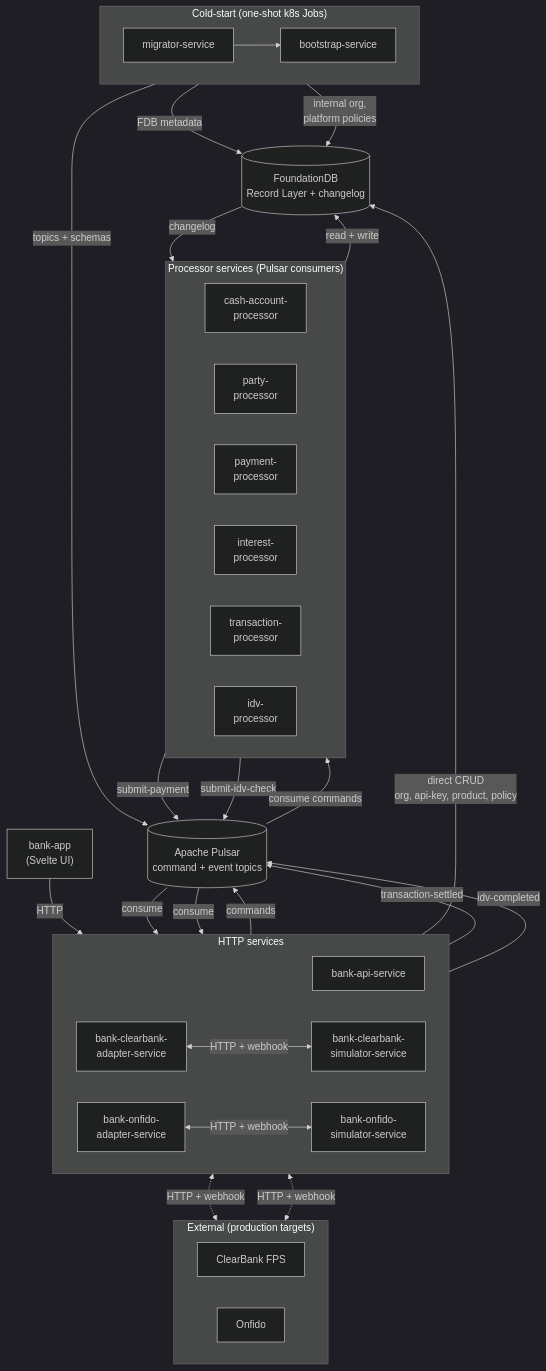
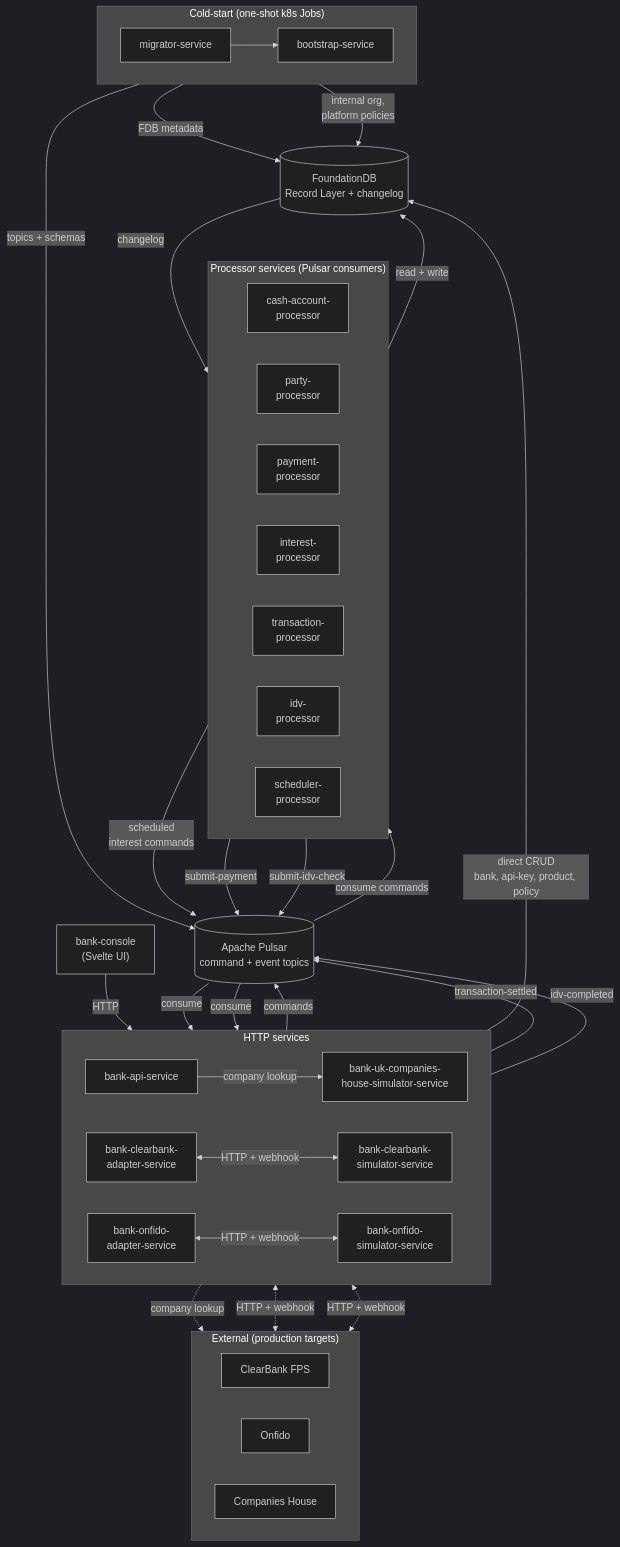
The diagram in readme.md (kjothen/queenswood), drawn with Mermaid (dark theme) before and after one commit. The commit also changed other lines of this file and 1 other file, not shown here.

````diff
--- a/readme.md
+++ b/readme.md
@@ -76,64 +77,71 @@
 ```mermaid
 graph TB
-    APP["bank-app<br/>(Svelte UI)"]
+    CONSOLE["bank-console<br/>(Svelte UI)"]
 
     subgraph http ["HTTP services"]
         direction LR
         API[bank-api-service]
         CBA[bank-clearbank-<br/>adapter-service]
         CBS[bank-clearbank-<br/>simulator-service]
         OFA[bank-onfido-<br/>adapter-service]
         OFS[bank-onfido-<br/>simulator-service]
+        CHS[bank-uk-companies-<br/>house-simulator-service]
     end
 
     PULSAR[("Apache Pulsar<br/>command + event topics")]
 
     subgraph processors ["Processor services (Pulsar consumers)"]
         direction LR
         PCA[cash-account-<br/>processor]
         PPT[party-<br/>processor]
         PPY[payment-<br/>processor]
         PIN[interest-<br/>processor]
         PTX[transaction-<br/>processor]
         PID[idv-<br/>processor]
+        PSCH[scheduler-<br/>processor]
     end
 
     FDB[("FoundationDB<br/>Record Layer + changelog")]
 
     subgraph oneshots ["Cold-start (one-shot k8s Jobs)"]
         direction LR
         MIG[migrator-service]
         BS[bootstrap-service]
     end
 
     subgraph external ["External (production targets)"]
         direction LR
         CB[ClearBank FPS]
         OF[Onfido]
+        CH[Companies House]
     end
 
-    APP -->|HTTP| API
+    CONSOLE -->|HTTP| API
     API -->|commands| PULSAR
-    API -->|direct CRUD<br/>org, api-key, product, policy| FDB
+    API -->|direct CRUD<br/>bank, api-key, product, policy| FDB
+    API -->|company lookup| CHS
+    API -.->|company lookup| CH
 
     PULSAR -->|consume commands| processors
     processors -->|read + write| FDB
     FDB -->|changelog| processors
+
+    PSCH -->|scheduled<br/>interest commands| PULSAR
 
     PPY -->|submit-payment| PULSAR
     PULSAR -->|consume| CBA
     CBA <-->|HTTP + webhook| CBS
     CBA <-.->|HTTP + webhook| CB
     CBA -->|transaction-settled| PULSAR
 
     PID -->|submit-idv-check| PULSAR
     PULSAR -->|consume| OFA
     OFA <-->|HTTP + webhook| OFS
     OFA <-.->|HTTP + webhook| OF
     OFA -->|idv-completed| PULSAR
 
     MIG -->|FDB metadata| FDB
     MIG -->|topics + schemas| PULSAR
     MIG --> BS
     BS -->|internal org,<br/>platform policies| FDB
 ```
````
